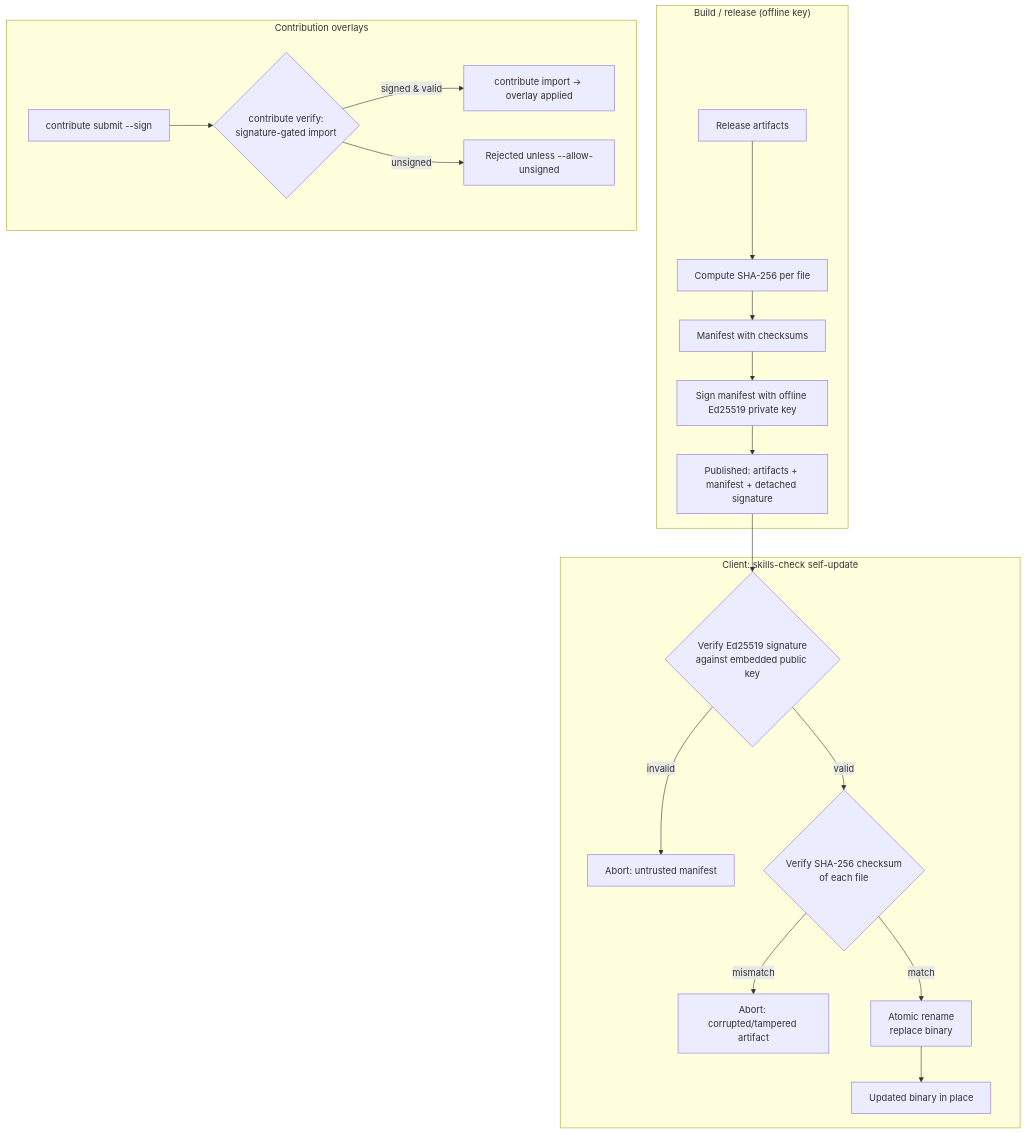
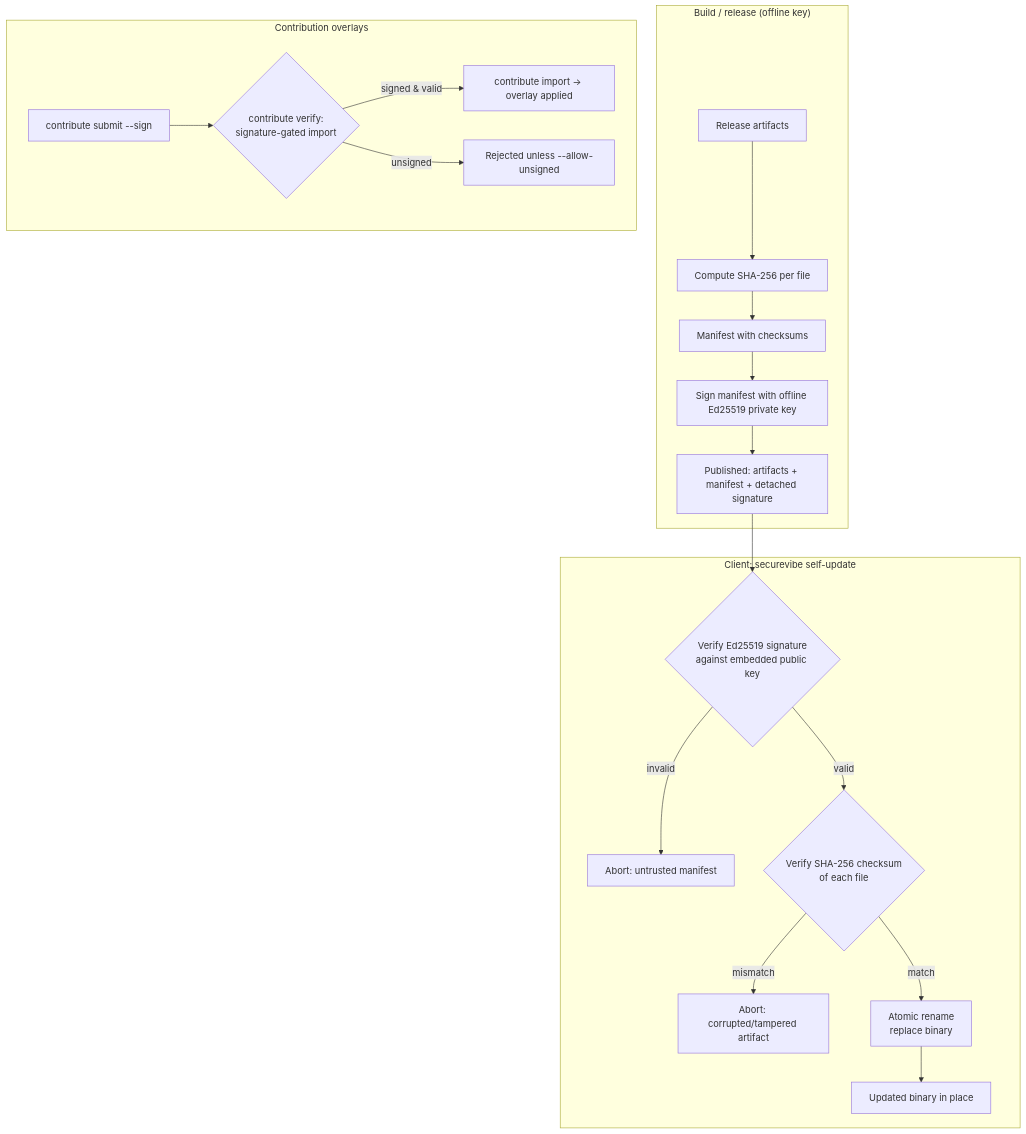
One commit to ShieldNet-360/securevibe changed the diagram in docs/guides/security.md. Above: the diagram before and after it, drawn with Mermaid. The commit also changed other lines of this file and 4 other files, not shown here.

First line of the commit message:
docs(guides): consistent naming — skills-check->securevibe, skills-mcp->securevibe mcp, install->npm

````diff
--- a/docs/guides/security.md
+++ b/docs/guides/security.md
@@ -82,28 +82,28 @@
 ```mermaid
 flowchart TD
     subgraph Build["Build / release (offline key)"]
         A[Release artifacts] --> B[Compute SHA-256 per file]
         B --> M[Manifest with checksums]
         M --> S[Sign manifest with offline Ed25519 private key]
         S --> R[Published: artifacts + manifest + detached signature]
     end
 
-    subgraph Client["Client: skills-check self-update"]
+    subgraph Client["Client: securevibe self-update"]
         R --> V1{Verify Ed25519 signature
 against embedded public key}
         V1 -- invalid --> X1[Abort: untrusted manifest]
         V1 -- valid --> V2{Verify SHA-256 checksum
 of each file}
         V2 -- mismatch --> X2[Abort: corrupted/tampered artifact]
         V2 -- match --> AR[Atomic rename
 replace binary]
         AR --> OK[Updated binary in place]
     end
 
     subgraph Overlay["Contribution overlays"]
         O1[contribute submit --sign] --> O2{contribute verify:
 signature-gated import}
         O2 -- signed & valid --> O3[contribute import → overlay applied]
         O2 -- unsigned --> O4[Rejected unless --allow-unsigned]
     end
 ```
````
